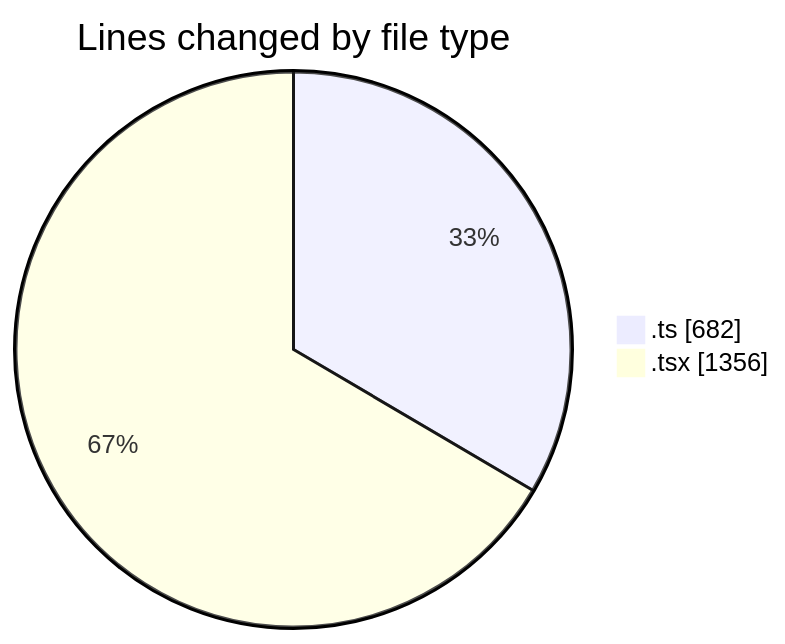
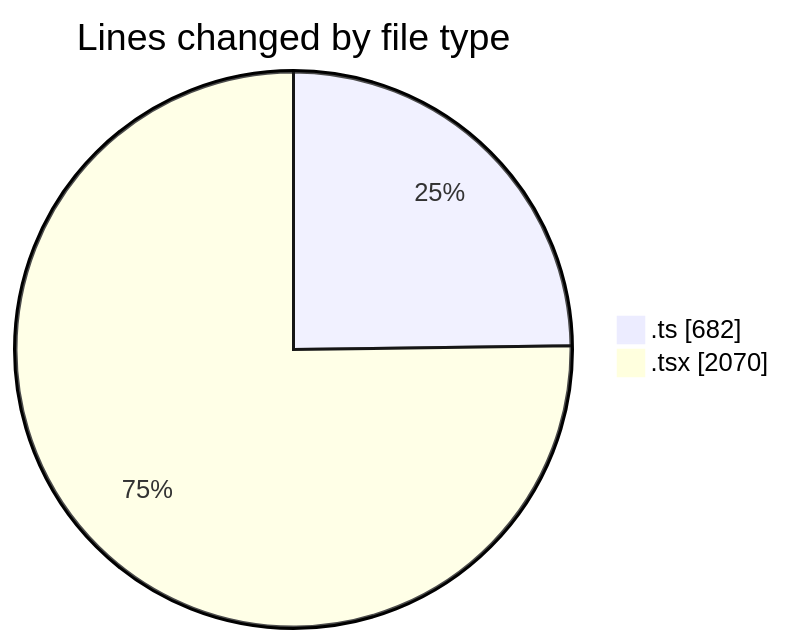
Before and after one commit to nxtqubesakshisongat/code-tracking: the first of 2 diagrams in 2026-03-23/nxtqube_webapp/README.md, drawn with Mermaid. The commit also changed other lines of this file and 1 other file, not shown here.

````diff
--- a/2026-03-23/nxtqube_webapp/README.md
+++ b/2026-03-23/nxtqube_webapp/README.md
@@ -23,6 +24,6 @@
 ```mermaid
 pie showData
 title Lines changed by file type
 ".ts" : 682
-".tsx" : 1356
+".tsx" : 2070
 ```
````
